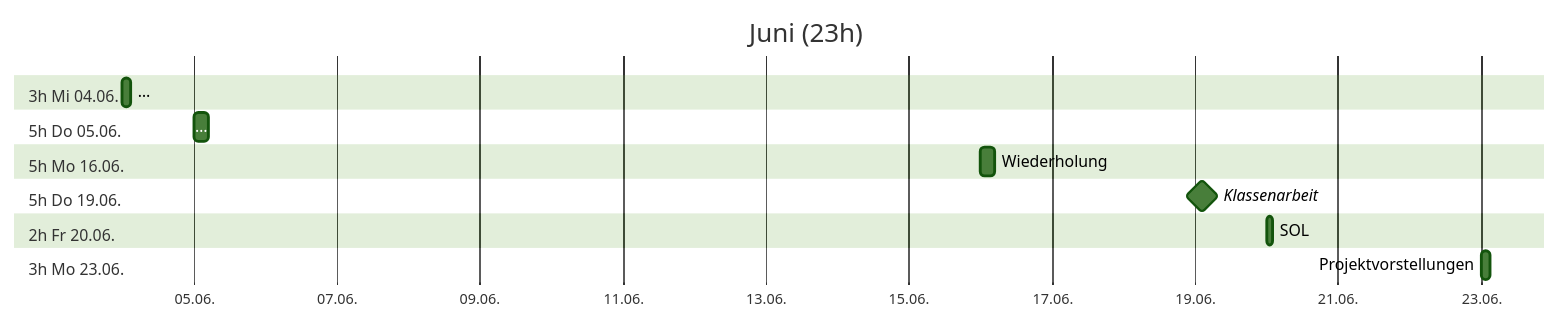
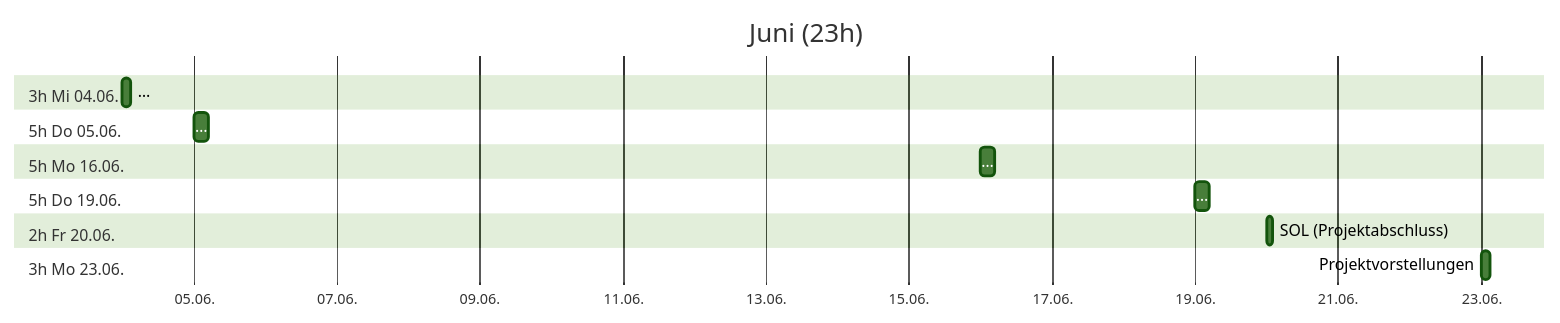
Before and after one commit to passa-wq/LF7: the sixth of 6 diagrams in src/plan.md, drawn with Mermaid (forest theme). The commit also changed other lines of this file, not shown here.

````diff
--- a/src/plan.md
+++ b/src/plan.md
@@ -69,18 +76,18 @@
 ```mermaid
 gantt
  title Juni (23h)
  dateFormat YYYY-MM-DD
  axisFormat %d.%m.
  section 3h Mi 04.06.
   …                           :2025-06-04, 3h
  section 5h Do 05.06.
   …                           :2025-06-05, 5h
  section 5h Mo 16.06.
-  Wiederholung                :2025-06-16, 5h
+  …                           :2025-06-16, 5h
  section 5h Do 19.06.
-  Klassenarbeit               :milestone, 2025-06-19, 5h
+  …                           :2025-06-19, 5h
  section 2h Fr 20.06.
-  SOL                         :2025-06-20, 2h
+  SOL (Projektabschluss)      :2025-06-20, 2h
  section 3h Mo 23.06.
   Projektvorstellungen        :2025-06-23, 3h
 ```
````
